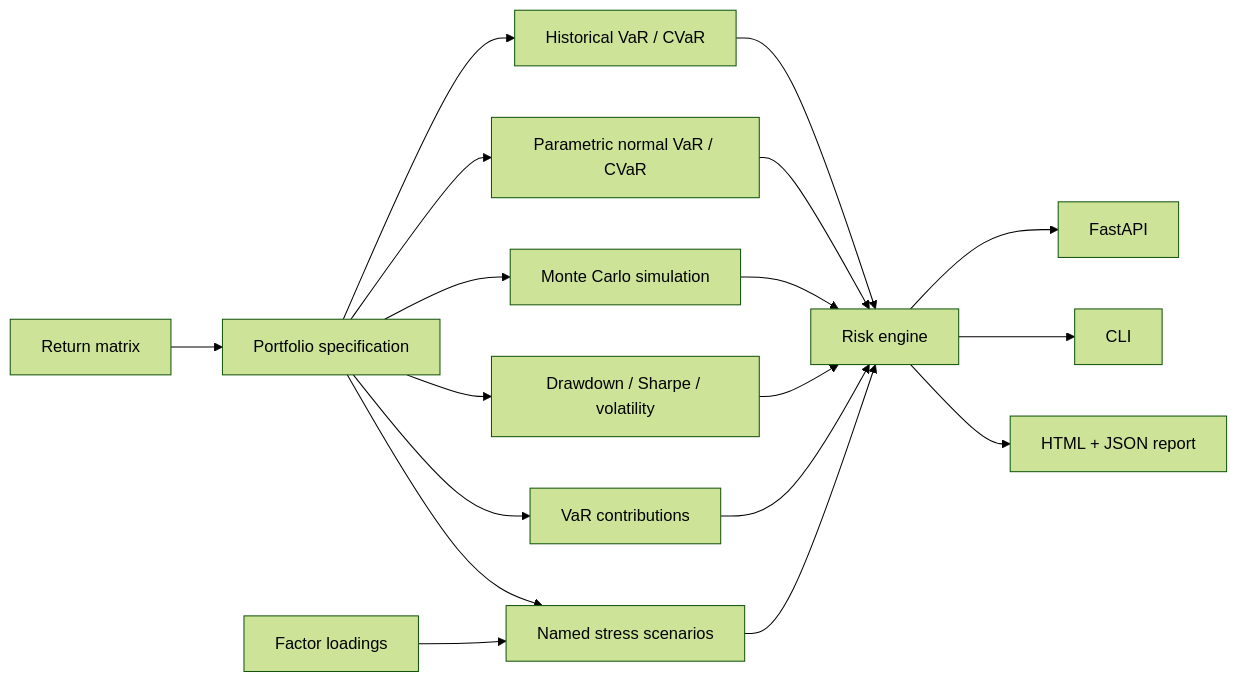
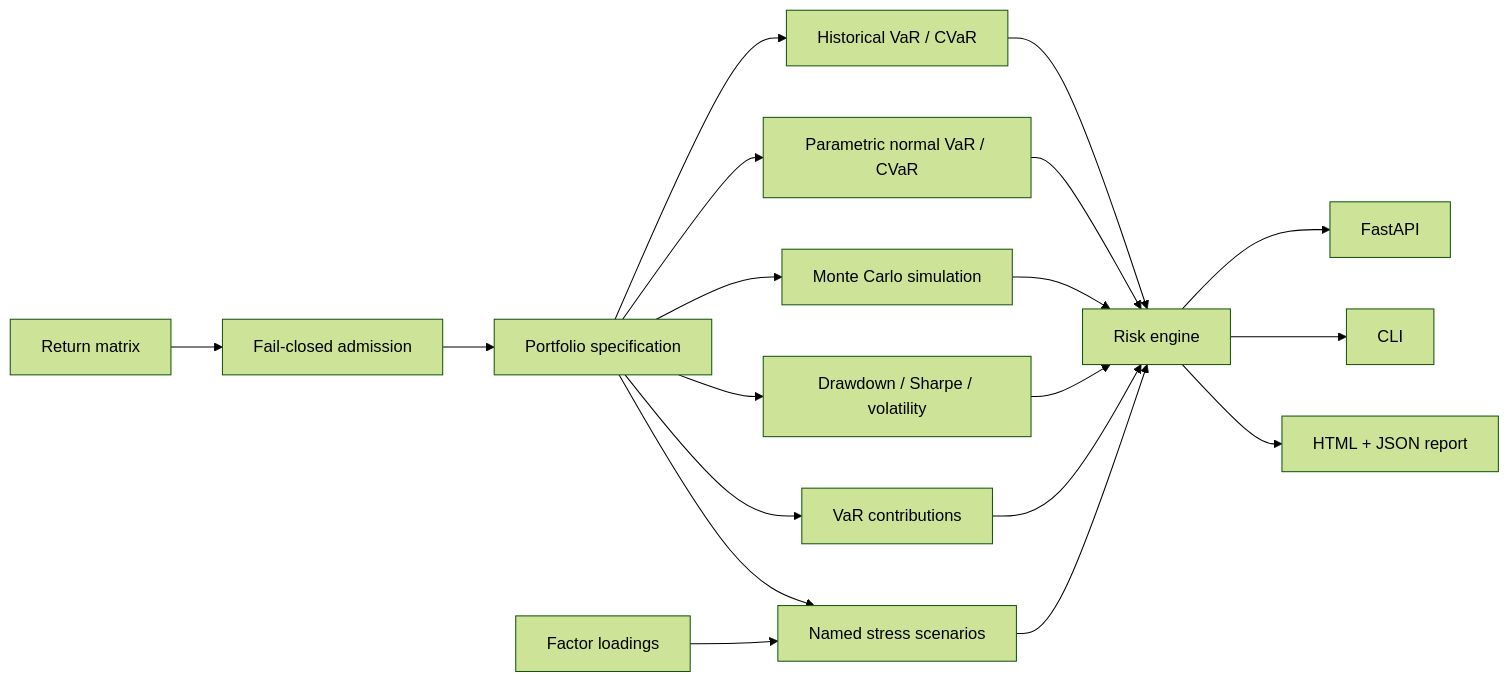
The diagram in README.md (cagataykavas/portfolio-risk-engine), drawn with Mermaid (forest theme) before and after one commit. The commit also changed other lines of this file and 3 other files, not shown here.

````diff
--- a/README.md
+++ b/README.md
@@ -9,20 +9,21 @@
 ```mermaid
 flowchart LR
-    R[Return matrix] --> P[Portfolio specification]
+    R[Return matrix] --> A[Fail-closed admission]
+    A --> P[Portfolio specification]
     P --> H[Historical VaR / CVaR]
     P --> N[Parametric normal VaR / CVaR]
     P --> M[Monte Carlo simulation]
     P --> D[Drawdown / Sharpe / volatility]
     P --> C[VaR contributions]
     F[Factor loadings] --> S[Named stress scenarios]
     P --> S
     H --> E[Risk engine]
     N --> E
     M --> E
     D --> E
     C --> E
     S --> E
     E --> API[FastAPI]
     E --> CLI[CLI]
     E --> REP[HTML + JSON report]
 ```
````
